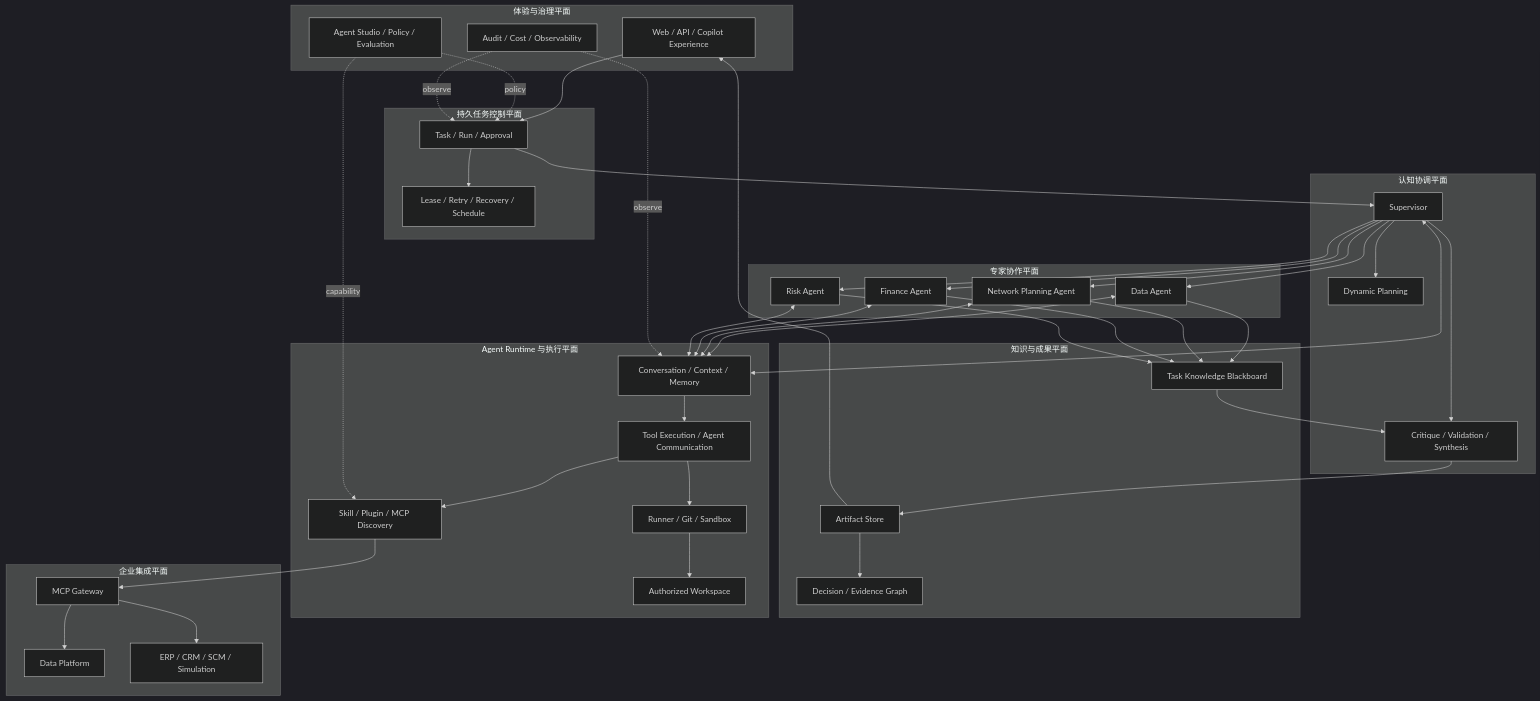
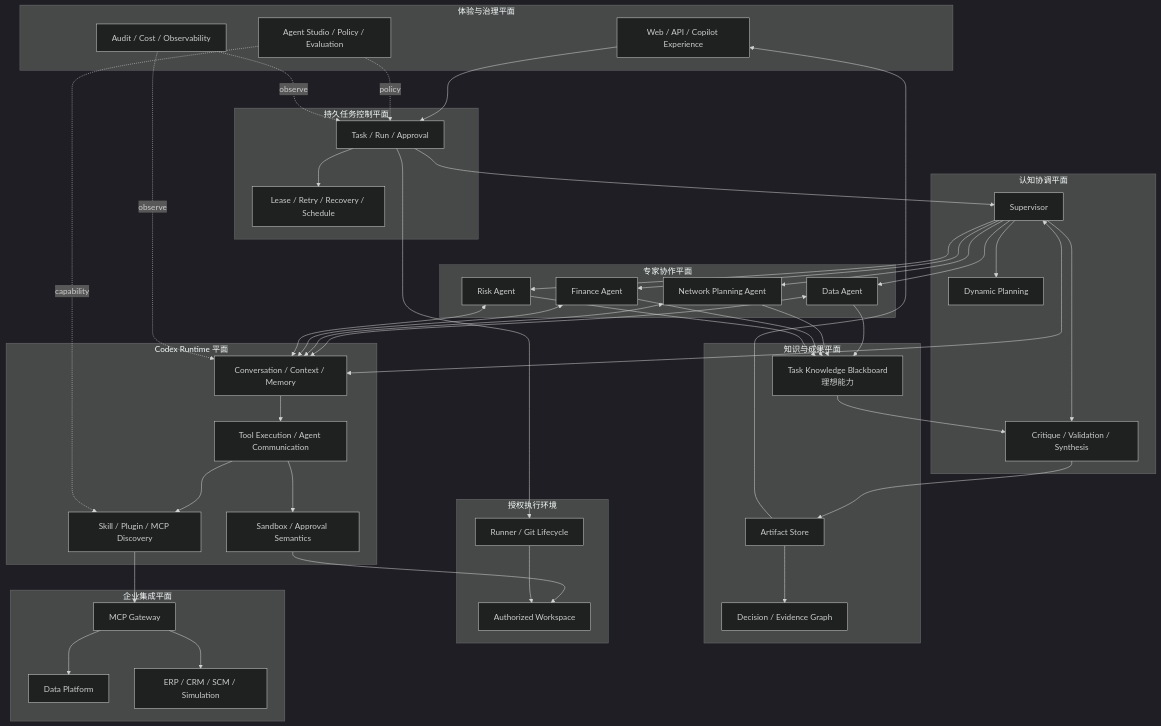
Before and after one commit to JO-WTF/open-web-codex: the sixth of 6 diagrams in docs/enterprise-agent-platform-architecture.md, drawn with Mermaid (dark theme). The commit also changed other lines of this file, not shown here.

Commit message:
docs: refine enterprise agent platform architecture

```diff
--- a/docs/enterprise-agent-platform-architecture.md
+++ b/docs/enterprise-agent-platform-architecture.md
@@ -3543,17 +3077,21 @@
     end
 
     subgraph K["知识与成果平面"]
-        LEDGER["Task Knowledge Blackboard"]
+        LEDGER["Task Knowledge Blackboard<br/>理想能力"]
         ART["Artifact Store"]
         DECISION["Decision / Evidence Graph"]
     end
 
-    subgraph R["Agent Runtime 与执行平面"]
+    subgraph R["Codex Runtime 平面"]
         THREAD["Conversation / Context / Memory"]
         TOOLS["Tool Execution / Agent Communication"]
         SKILL["Skill / Plugin / MCP Discovery"]
+        SANDBOX["Sandbox / Approval Semantics"]
+    end
+
+    subgraph X["授权执行环境"]
         WS["Authorized Workspace"]
-        RUNNER["Runner / Git / Sandbox"]
+        RUNNER["Runner / Git Lifecycle"]
     end
 
     subgraph I["企业集成平面"]
@@ -3585,7 +3123,9 @@
     RISK <--> THREAD
     THREAD --> TOOLS
     TOOLS --> SKILL
-    TOOLS --> RUNNER
+    TOOLS --> SANDBOX
+    SANDBOX --> WS
+    TASK --> RUNNER
     RUNNER --> WS
     SKILL --> MCP
     MCP --> DATA_SYS
```
